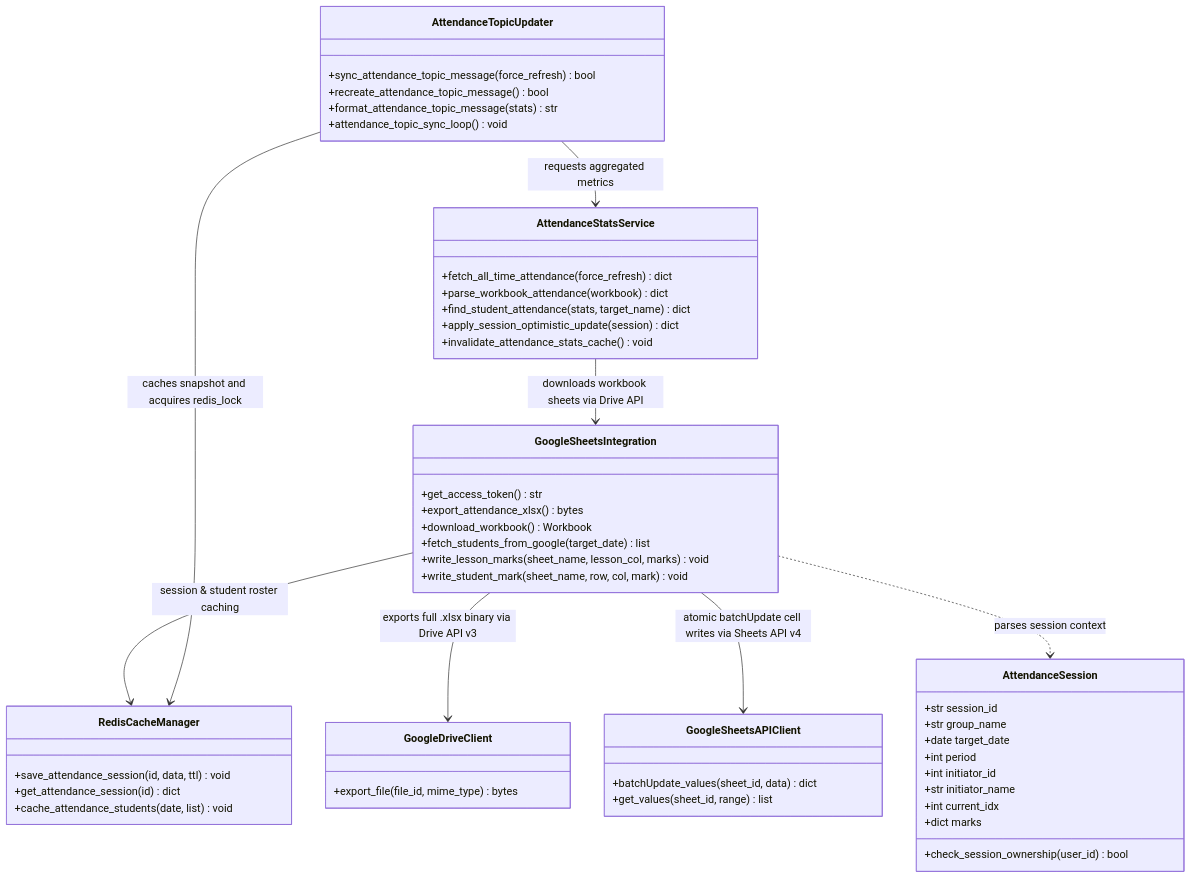
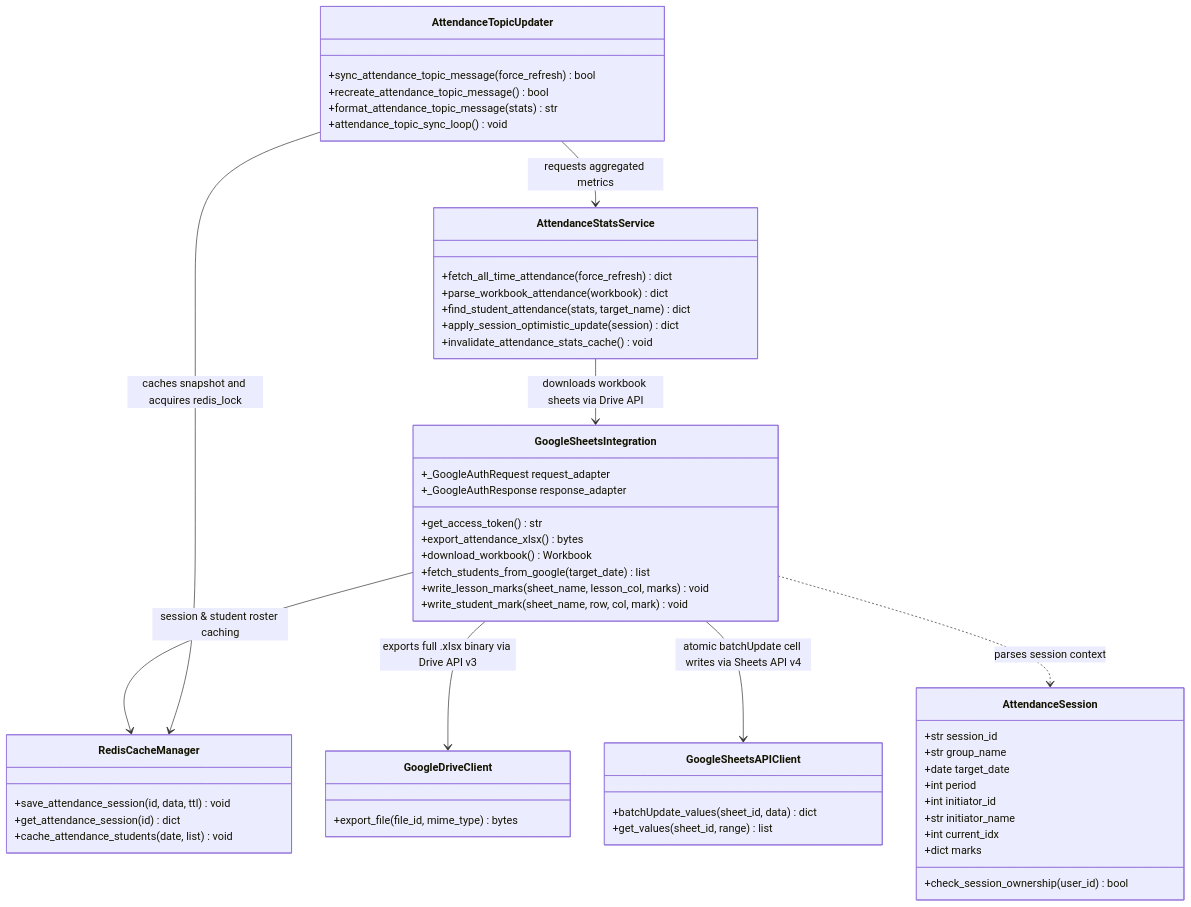
The seventh of 55 diagrams in docs/UML.md (Utkautka1/para), drawn with Mermaid before and after one commit. The commit also changed 3 other files, not shown here.

Commit message:
fix(attendance): use native httpx auth transport in google sheets integration

````diff
--- a/docs/UML.md
+++ b/docs/UML.md
@@ -715,63 +715,65 @@
 ```mermaid
 classDiagram
     direction TB
 
     class AttendanceSession {
         +str session_id
         +str group_name
         +date target_date
         +int period
         +int initiator_id
         +str initiator_name
         +int current_idx
         +dict marks
         +check_session_ownership(user_id) bool
     }
 
     class GoogleSheetsIntegration {
         +get_access_token() str
+        +_GoogleAuthRequest request_adapter
+        +_GoogleAuthResponse response_adapter
         +export_attendance_xlsx() bytes
         +download_workbook() Workbook
         +fetch_students_from_google(target_date) list
         +write_lesson_marks(sheet_name, lesson_col, marks) void
         +write_student_mark(sheet_name, row, col, mark) void
     }
 
     class RedisCacheManager {
         +save_attendance_session(id, data, ttl) void
         +get_attendance_session(id) dict
         +cache_attendance_students(date, list) void
     }
 
     class GoogleDriveClient {
         +export_file(file_id, mime_type) bytes
     }
 
     class GoogleSheetsAPIClient {
         +batchUpdate_values(sheet_id, data) dict
         +get_values(sheet_id, range) list
     }
 
     class AttendanceStatsService {
         +fetch_all_time_attendance(force_refresh) dict
         +parse_workbook_attendance(workbook) dict
         +find_student_attendance(stats, target_name) dict
         +apply_session_optimistic_update(session) dict
         +invalidate_attendance_stats_cache() void
     }
 
     class AttendanceTopicUpdater {
         +sync_attendance_topic_message(force_refresh) bool
         +recreate_attendance_topic_message() bool
         +format_attendance_topic_message(stats) str
         +attendance_topic_sync_loop() void
     }
 
     GoogleSheetsIntegration --> RedisCacheManager : session & student roster caching
     GoogleSheetsIntegration --> GoogleDriveClient : exports full .xlsx binary via Drive API v3
     GoogleSheetsIntegration --> GoogleSheetsAPIClient : atomic batchUpdate cell writes via Sheets API v4
     GoogleSheetsIntegration ..> AttendanceSession : parses session context
     AttendanceTopicUpdater --> AttendanceStatsService : requests aggregated metrics
     AttendanceTopicUpdater --> RedisCacheManager : caches snapshot and acquires redis_lock
     AttendanceStatsService --> GoogleSheetsIntegration : downloads workbook sheets via Drive API
 ```
````
